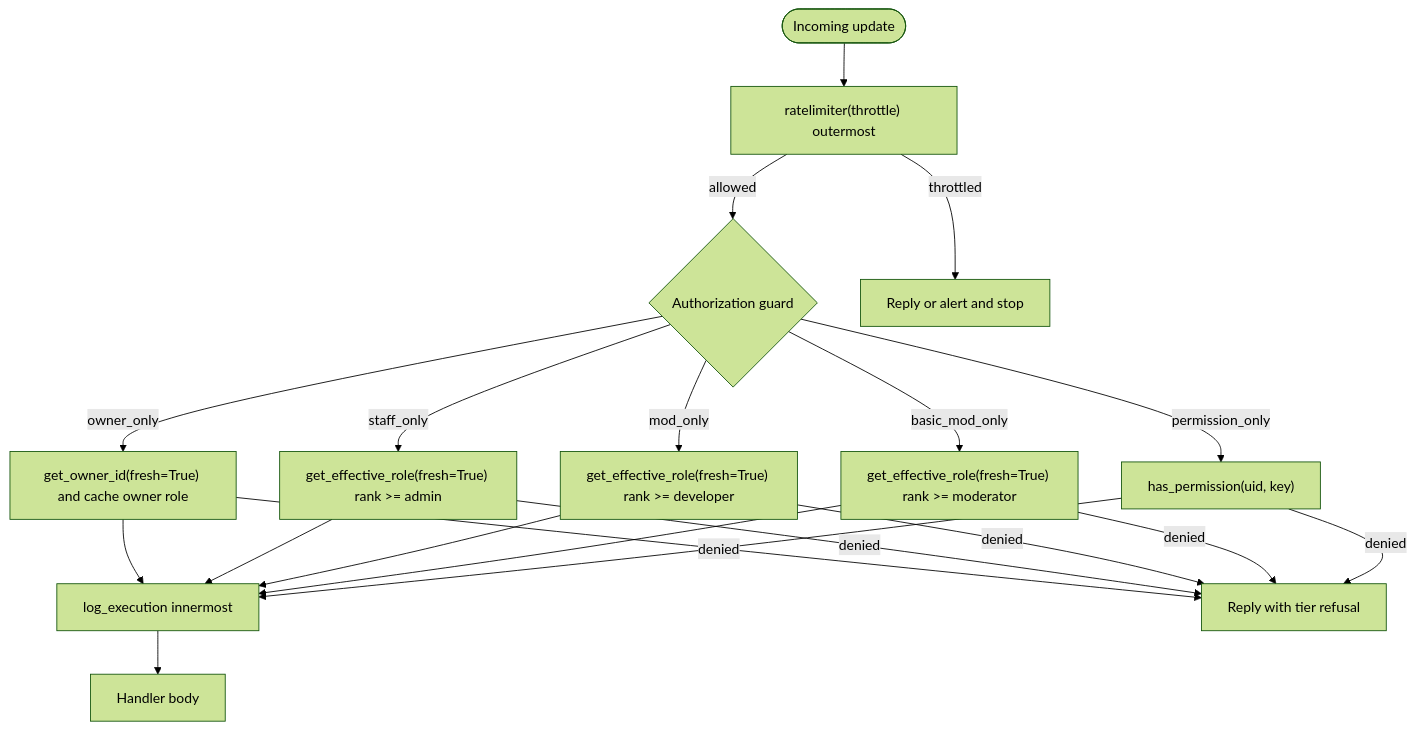
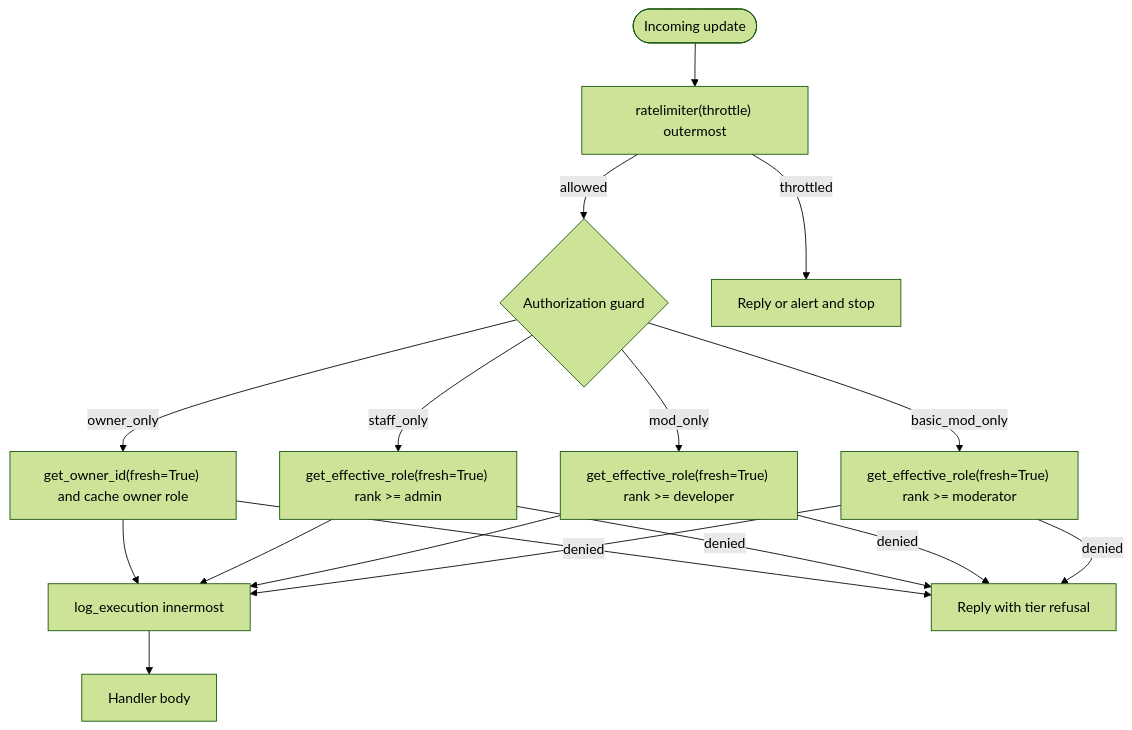
Before and after one commit to D1ZZY4/tcbot: the first of 3 diagrams in docs/flows/permissions.md, drawn with Mermaid (forest theme). The commit also changed other lines of this file and 4 other files, not shown here.

First line of the commit message:
refactor(auth): remove the unused permission_only decorator

````diff
--- a/docs/flows/permissions.md
+++ b/docs/flows/permissions.md
@@ -29,22 +29,19 @@
 ```mermaid
 flowchart TD
     U([Incoming update]) --> R["ratelimiter(throttle) outermost"]
     R -->|allowed| A{"Authorization guard"}
     R -->|throttled| STOP[Reply or alert and stop]
     A -->|owner_only| O["get_owner_id(fresh=True) and cache owner role"]
     A -->|staff_only| S["get_effective_role(fresh=True) rank >= admin"]
     A -->|mod_only| M["get_effective_role(fresh=True) rank >= developer"]
     A -->|basic_mod_only| B["get_effective_role(fresh=True) rank >= moderator"]
-    A -->|permission_only| P["has_permission(uid, key)"]
     O --> L["log_execution innermost"]
     S --> L
     M --> L
     B --> L
-    P --> L
     L --> H[Handler body]
     O -->|denied| D[Reply with tier refusal]
     S -->|denied| D
     M -->|denied| D
     B -->|denied| D
-    P -->|denied| D
 ```
````
